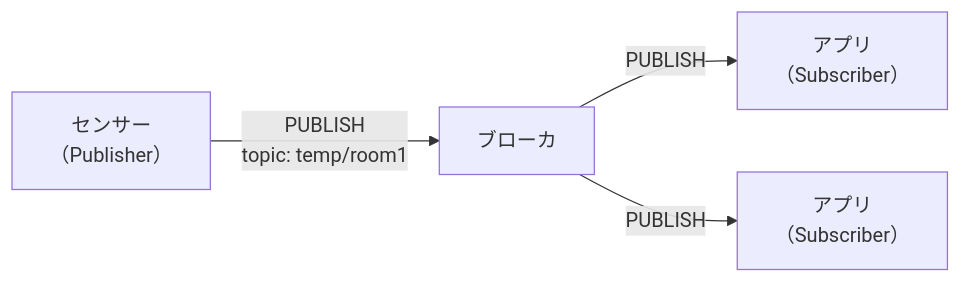
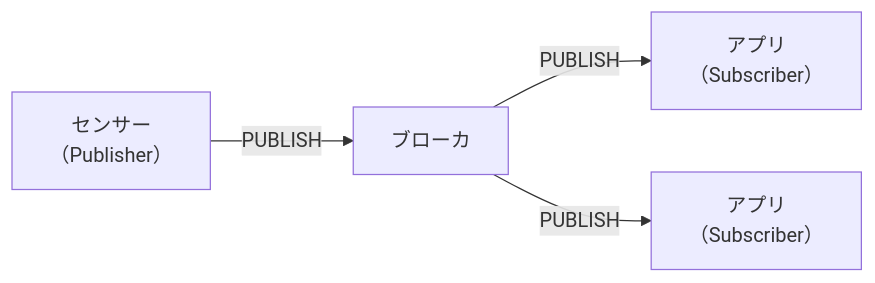
Before and after one commit to nnnaanaa/document: the diagram in network/protocol/iot.md, drawn with Mermaid.

Commit message:
IoT暗記シートのMQTTの図の横幅を詰める

````diff
--- a/network/protocol/iot.md
+++ b/network/protocol/iot.md
@@ -46,6 +46,6 @@
 ```mermaid
 flowchart LR
-  P["センサー<br>（Publisher）"] -- "PUBLISH<br>topic: temp/room1" --> B["ブローカ"]
+  P["センサー<br>（Publisher）"] -- "PUBLISH" --> B["ブローカ"]
   B -- "PUBLISH" --> S1["アプリ<br>（Subscriber）"]
   B -- "PUBLISH" --> S2["アプリ<br>（Subscriber）"]
 ```
````
